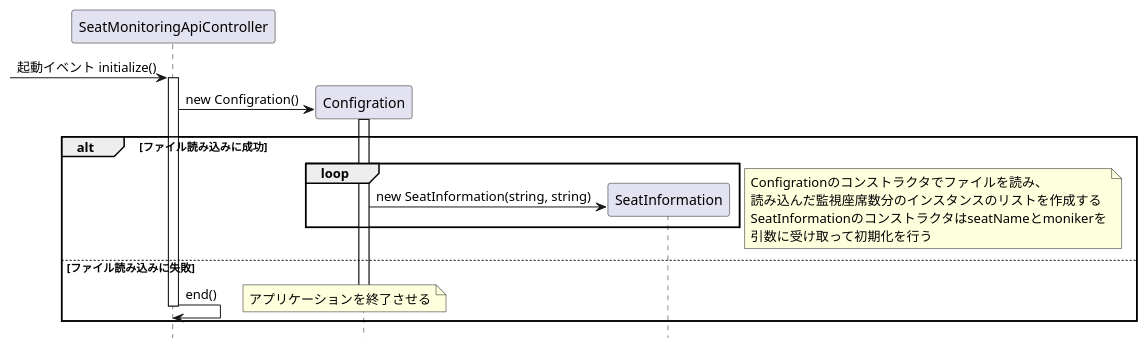
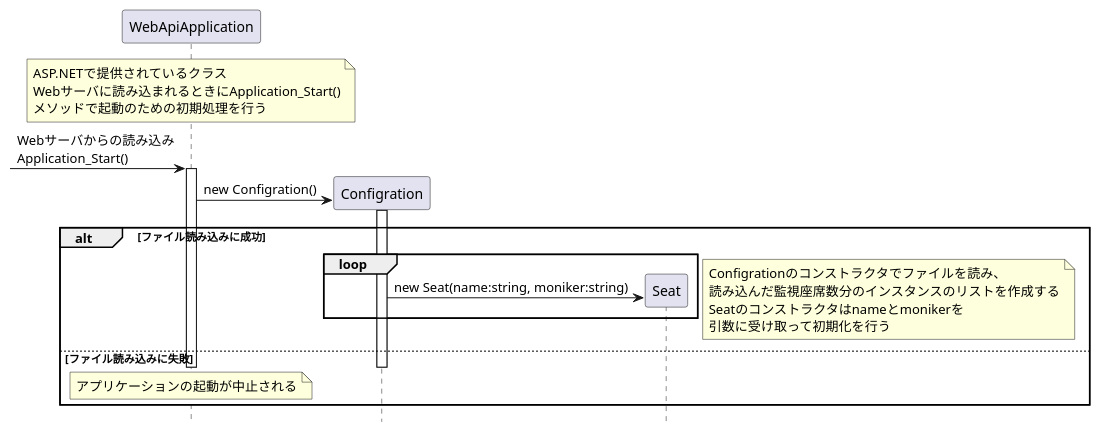
Before and after one commit to KeisukeSugita/Seat-monitoring-system: the diagram in doc/詳細設計/構成図(.pu)/SeatMonitoringAPI起動シーケンス図.pu, drawn with PlantUML. The commit also changed 5 other files, not shown here.

```diff
--- a/doc/詳細設計/構成図(.pu)/SeatMonitoringAPI起動シーケンス図.pu
+++ b/doc/詳細設計/構成図(.pu)/SeatMonitoringAPI起動シーケンス図.pu
@@ -1,36 +1,40 @@
 @startuml SeatMonitoringAPI起動シーケンス図
 hide footbox
 
-participant "SeatMonitoringApiController" as SeatMonitoringApiController
+participant "WebApiApplication" as WebApiApplication
 participant "Configration" as Configration
-participant "SeatInformation" as SeatInformation
+participant "Seat" as Seat
 
--> SeatMonitoringApiController :起動イベント initialize()
-activate SeatMonitoringApiController
+note over WebApiApplication
+	ASP.NETで提供されているクラス
+	Webサーバに読み込まれるときにApplication_Start()
+	メソッドで起動のための初期処理を行う
+end note
+-> WebApiApplication :Webサーバからの読み込み\nApplication_Start()
+activate WebApiApplication
 
 create Configration
-SeatMonitoringApiController -> Configration : new Configration()
+WebApiApplication -> Configration : new Configration()
 activate Configration
 
 alt ファイル読み込みに成功
 	loop
-		create SeatInformation
-		Configration -> SeatInformation :new SeatInformation(string, string)
+		create Seat
+		Configration -> Seat :new Seat(name:string, moniker:string)
 	end
 	note right
 		Configrationのコンストラクタでファイルを読み、
 		読み込んだ監視座席数分のインスタンスのリストを作成する
-		SeatInformationのコンストラクタはseatNameとmonikerを
+		Seatのコンストラクタはnameとmonikerを
 		引数に受け取って初期化を行う
 	end note
 |||
 else ファイル読み込みに失敗
-	SeatMonitoringApiController -> SeatMonitoringApiController :end()
 	deactivate Configration
-	deactivate SeatMonitoringApiController
-	note right
-		アプリケーションを終了させる
+	deactivate WebApiApplication
+	note over WebApiApplication
+		アプリケーションの起動が中止される
 	end note
 end
 
 @enduml
```
